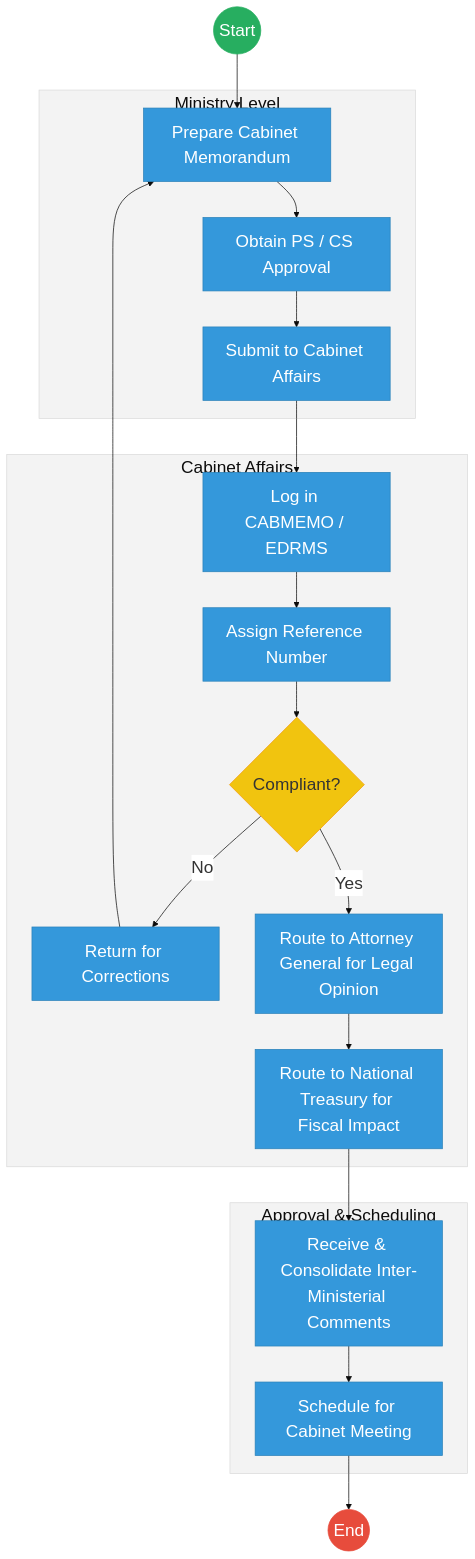
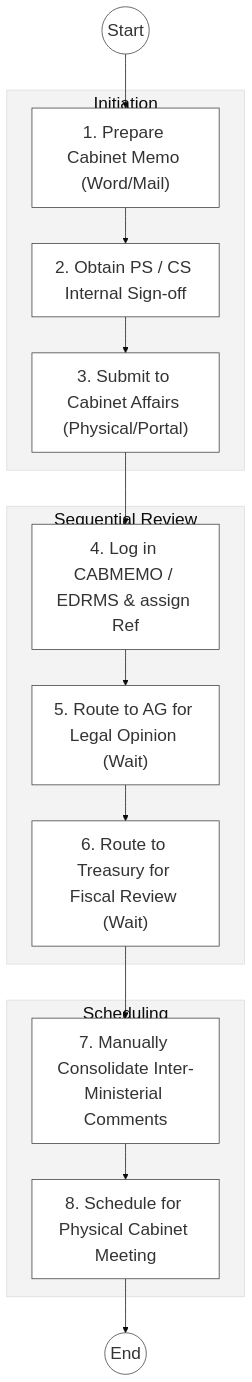
Before and after one commit to BITZ-IT-Consulting-LTD/ictapoc: the first of 2 diagrams in mdas/docs_final/priority_mdas/CABINET_OFFICE___Service_Delivery.md, drawn with Mermaid. The commit also changed other lines of this file and 37 other files, not shown here.

````diff
--- a/mdas/docs_final/priority_mdas/CABINET_OFFICE___Service_Delivery.md
+++ b/mdas/docs_final/priority_mdas/CABINET_OFFICE___Service_Delivery.md
@@ -39,38 +77,23 @@
 ```mermaid
 %%{init: { 'theme': 'base', 'themeVariables': { 'fontSize': '24px', 'fontFamily': 'Inter, system-ui, sans-serif', 'primaryColor': '#ffffff', 'edgeLabelBackground':'#ffffff', 'tertiaryColor': '#f3f3f3', 'mainBkg': '#ffffff', 'nodeBorder': '#333333' } } }%%
-graph TD
-    Start((Start)) --> Prepare["Prepare Cabinet Memorandum"]
+flowchart TD
+    Start((Start)) --> Prepare["1. Prepare Cabinet Memo (Word/Mail)"]
     
-    subgraph Initiation["Ministry Level"]
-        Prepare --> PS_Approve["Obtain PS / CS Approval"]
-        PS_Approve --> Submit["Submit to Cabinet Affairs"]
+    subgraph Ministry_Silo["Initiation"]
+        Prepare --> CS_Approve["2. Obtain PS / CS Internal Sign-off"]
+        CS_Approve --> Submit["3. Submit to Cabinet Affairs (Physical/Portal)"]
     end
-    
-    subgraph Processing["Cabinet Affairs"]
-        Submit --> Log["Log in CABMEMO / EDRMS"]
-        Log --> Assign["Assign Reference Number"]
-        Assign --> Compliant{"Compliant?"}
-        
-        Compliant -- "No" --> Return["Return for Corrections"]
-        Return --> Prepare
-        
-        Compliant -- "Yes" --> RouteAG["Route to Attorney General for Legal Opinion"]
-        RouteAG --> RouteTreasury["Route to National Treasury for Fiscal Impact"]
+
+    subgraph Coordination_Silo["Sequential Review"]
+        Submit --> Log["4. Log in CABMEMO / EDRMS & assign Ref"]
+        Log --> RouteAG["5. Route to AG for Legal Opinion (Wait)"]
+        RouteAG --> RouteTreasury["6. Route to Treasury for Fiscal Review (Wait)"]
     end
-    
-    subgraph Finalization["Approval & Scheduling"]
-        RouteTreasury --> Comments["Receive & Consolidate Inter-Ministerial Comments"]
-        Comments --> Schedule["Schedule for Cabinet Meeting"]
+
+    subgraph Execution_Silo["Scheduling"]
+        RouteTreasury --> Comments["7. Manually Consolidate Inter-Ministerial Comments"]
+        Comments --> Schedule["8. Schedule for Physical Cabinet Meeting"]
     end
-    
+
     Schedule --> End((End))
-
-    classDef start fill:#27ae60,stroke:#27ae60,color:#fff,font-size:24px,font-size:24px;;
-    classDef endNode fill:#e74c3c,stroke:#e74c3c,color:#fff,font-size:24px,font-size:24px;;
-    classDef userTask fill:#3498db,stroke:#2980b9,color:#fff,font-size:24px,font-size:24px;;
-    classDef gateway fill:#f1c40f,stroke:#f39c12,color:#333,font-size:24px,font-size:24px;;
-    class Start start;
-    class End endNode;
-    class Compliant gateway;
-    class Prepare,PS_Approve,Submit,Log,Assign,Return,RouteAG,RouteTreasury,Comments,Schedule userTask;
 ```
````
